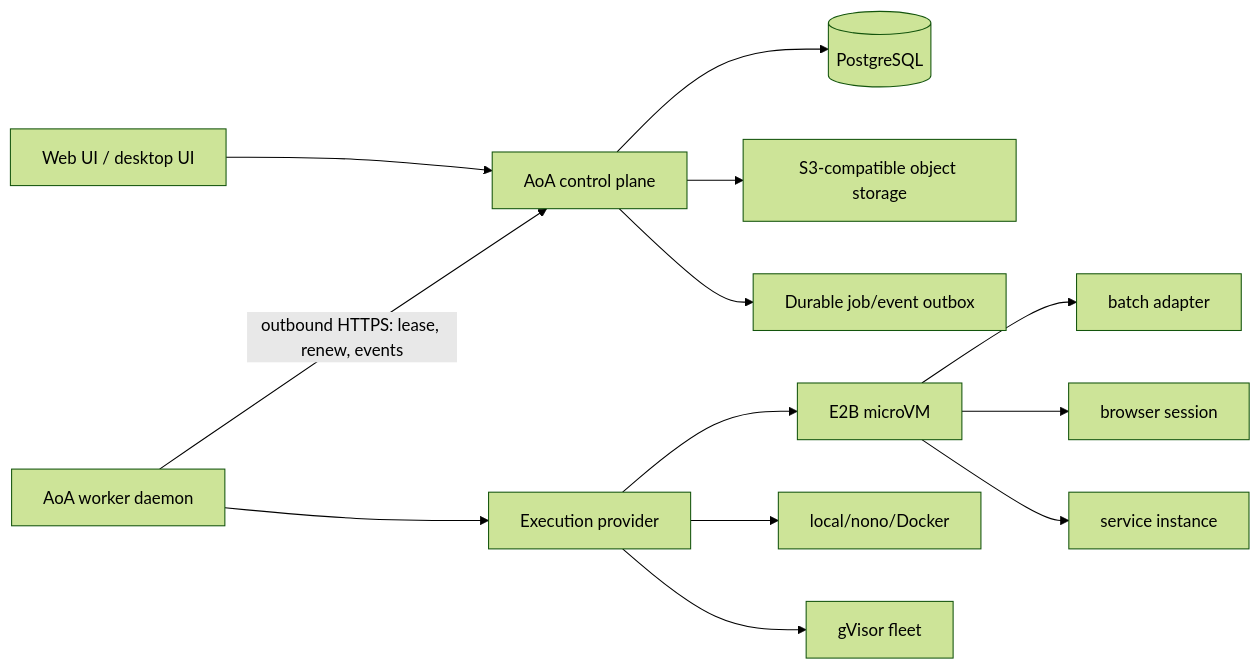
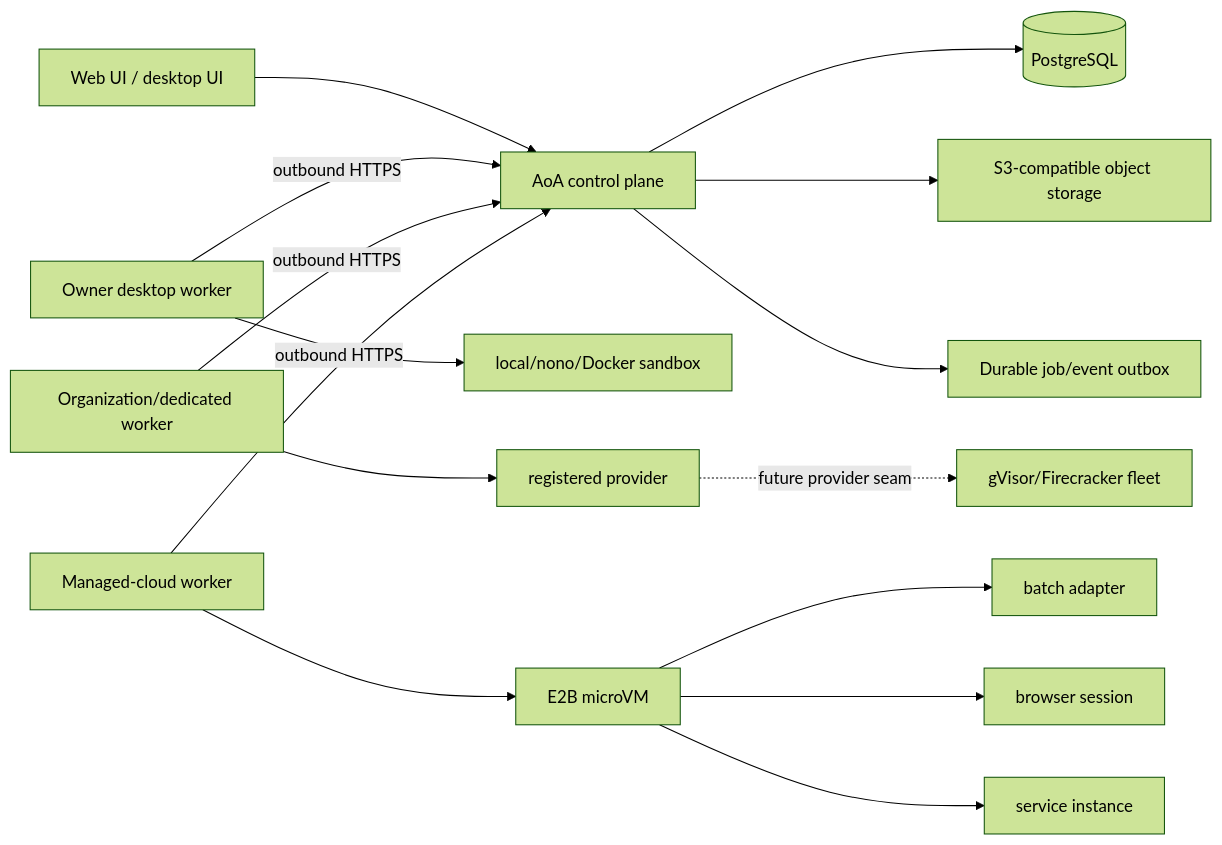
The first of 2 diagrams in docs/replatform/program-design.md (MeteoriteLabs/AoA), drawn with Mermaid (forest theme) before and after one commit. The commit also changed other lines of this file and 27 other files, not shown here.

````diff
--- a/docs/replatform/program-design.md
+++ b/docs/replatform/program-design.md
@@ -61,17 +64,19 @@
 ```mermaid
 flowchart LR
   UI["Web UI / desktop UI"] --> CP["AoA control plane"]
   CP --> PG[("PostgreSQL")]
   CP --> OBJ["S3-compatible object storage"]
   CP --> WAKE["Durable job/event outbox"]
 
-  WORKER["AoA worker daemon"] -->|"outbound HTTPS: lease, renew, events"| CP
-  WORKER --> PROVIDER["Execution provider"]
-  PROVIDER --> E2B["E2B microVM"]
-  PROVIDER --> LOCAL["local/nono/Docker"]
-  PROVIDER --> GV["gVisor fleet"]
+  DESKTOP["Owner desktop worker"] -->|"outbound HTTPS"| CP
+  DEDICATED["Organization/dedicated worker"] -->|"outbound HTTPS"| CP
+  CLOUD["Managed-cloud worker"] -->|"outbound HTTPS"| CP
+  DESKTOP --> LOCAL["local/nono/Docker sandbox"]
+  DEDICATED --> DPROVIDER["registered provider"]
+  CLOUD --> E2B["E2B microVM"]
+  DPROVIDER -.->|"future provider seam"| GV["gVisor/Firecracker fleet"]
 
   E2B --> BATCH["batch adapter"]
   E2B --> BROWSER["browser session"]
   E2B --> SERVICE["service instance"]
 ```
````
